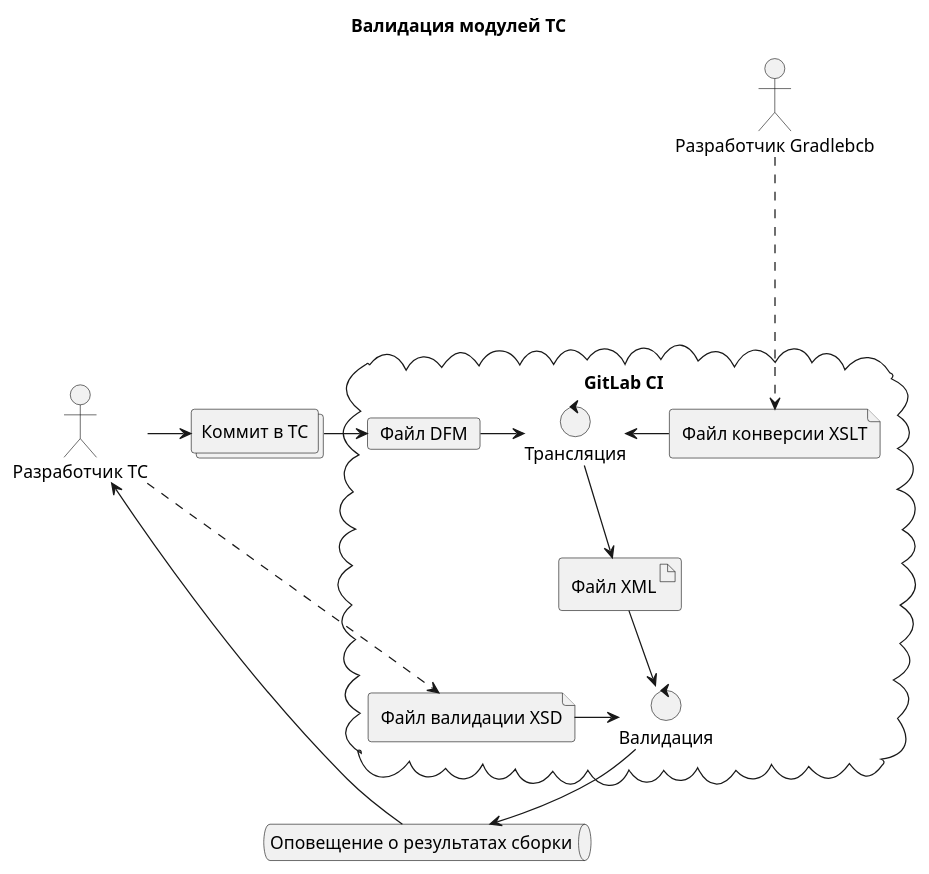
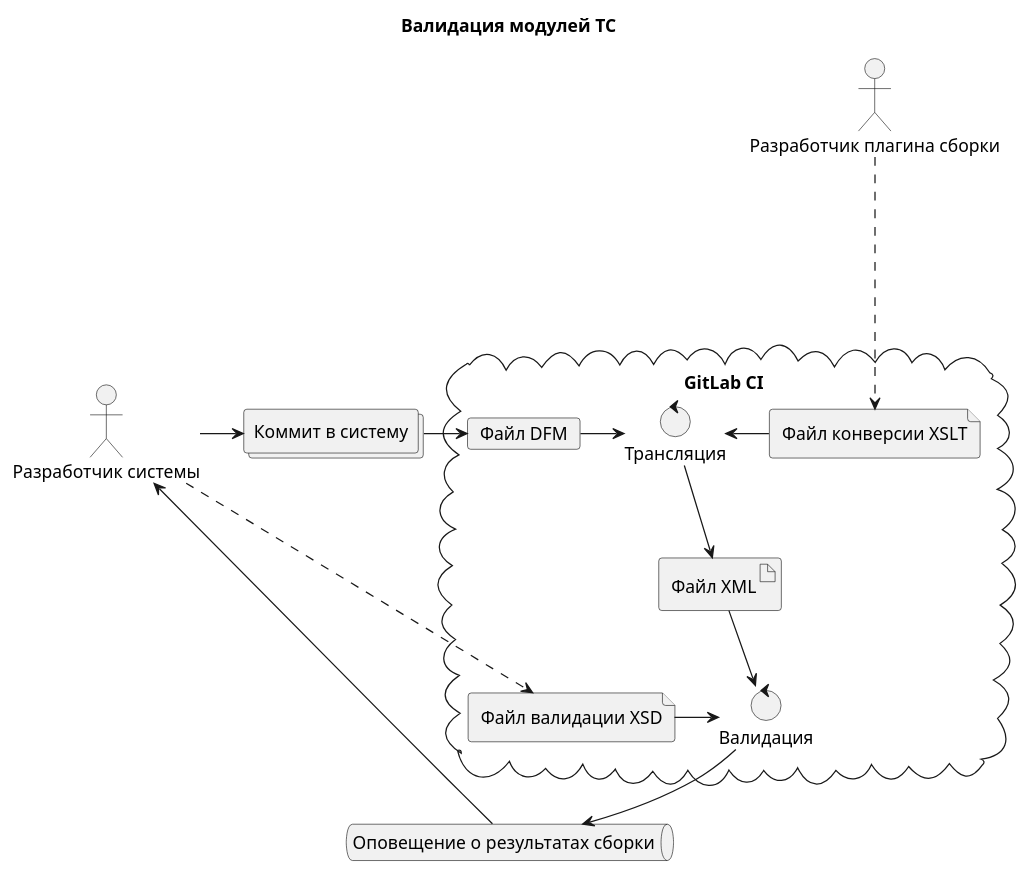
One commit to olgapshen/Sysbase changed the diagram in docs/src/xsd.puml. Above: the diagram before and after it, drawn with PlantUML. The commit also changed 2 other files, not shown here.

Commit message:
Актуализация схемы валидации Delphi форм

```diff
--- a/docs/src/xsd.puml
+++ b/docs/src/xsd.puml
@@ -1,32 +1,32 @@
 @startuml xsd
 
 title Валидация модулей ТС
 
-actor "Разработчик ТС" as tsprog
-actor "Разработчик Gradlebcb" as gradleprog
-collections "Коммит в ТС" as commit
+actor "Разработчик системы" as tsprog
+actor "Разработчик плагина сборки" as gradleprog
+collections "Коммит в систему" as commit
 queue "Оповещение о результатах сборки" as mail
 
 
 cloud "GitLab CI" as ci {
     control "Трансляция" as dfmxml
     control "Валидация" as validation
     file "Файл конверсии XSLT" as xslt
     file "Файл валидации XSD" as xsd
     card "Файл DFM" as dfm
     artifact "Файл XML" as xml
 }
 
 tsprog -> commit
 tsprog ..> xsd
 gradleprog ..down..> xslt
 commit -> dfm
 dfm -right-> dfmxml
 dfmxml -down-> xml
 xslt -left-> dfmxml
 xml -down-> validation
 xsd -left-> validation
 validation -down-> mail
 mail -left-> tsprog
 
 @enduml
```
